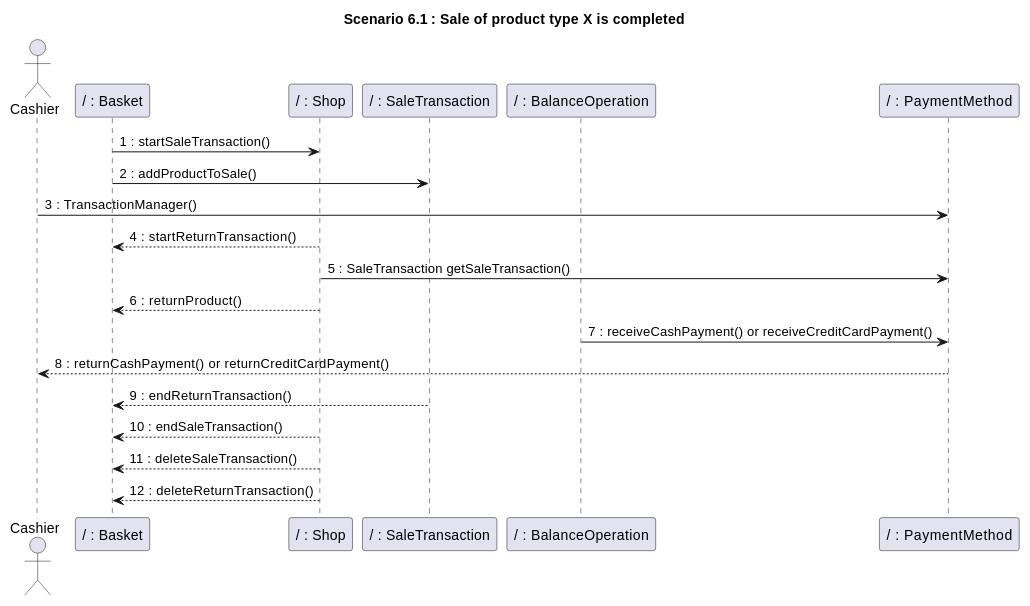
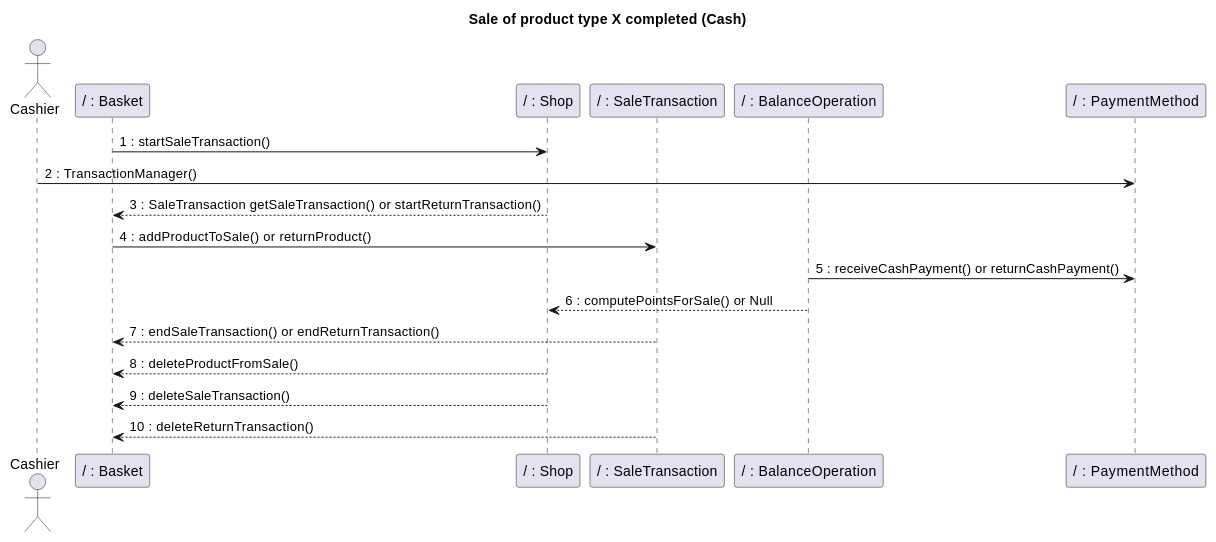
Before and after one commit to nicolabattaglino/ezshop: diagram 19 of 24 in Deliverables/DesignDocument.md, drawn with PlantUML. The commit also changed other lines of this file, not shown here.

Commit message:
Scenario 6

````diff
--- a/Deliverables/DesignDocument.md
+++ b/Deliverables/DesignDocument.md
@@ -825,31 +966,28 @@
 ```plantuml
 @startuml
 
 title
-**Scenario 6.1** : Sale of product type X is completed
+Sale of product type X completed (Cash)
 end title
 
 actor Cashier
 
 participant "/ : Basket" as Basket
 participant "/ : Shop" as Shop
 participant "/ : SaleTransaction" as SaleTransaction
 participant "/ : BalanceOperation" as BalanceOperation
 participant "/ : PaymentMethod" as PaymentMethod
 
 Basket -> Shop: 1 : startSaleTransaction()
-Basket ->  SaleTransaction: 2 : addProductToSale() 
-Cashier -> PaymentMethod: 3 : TransactionManager()
-Shop --> Basket: 4 : startReturnTransaction()
-Shop -> PaymentMethod : 5 : SaleTransaction getSaleTransaction()
-Shop --> Basket: 6 : returnProduct()
-
-BalanceOperation -> PaymentMethod : 7 : receiveCashPayment() or receiveCreditCardPayment()
-PaymentMethod --> Cashier: 8 : returnCashPayment() or returnCreditCardPayment()
-SaleTransaction --> Basket: 9 : endReturnTransaction()
-Shop --> Basket : 10 : endSaleTransaction()
-Shop --> Basket : 11 : deleteSaleTransaction()
-Shop --> Basket : 12 : deleteReturnTransaction()
+Cashier -> PaymentMethod: 2 : TransactionManager()
+Shop --> Basket: 3 : SaleTransaction getSaleTransaction() or startReturnTransaction()
+Basket ->  SaleTransaction: 4 : addProductToSale() or returnProduct()
+BalanceOperation -> PaymentMethod : 5 : receiveCashPayment() or returnCashPayment()
+BalanceOperation --> Shop: 6 : computePointsForSale() or Null
+SaleTransaction --> Basket: 7 : endSaleTransaction() or endReturnTransaction()
+Shop --> Basket : 8 : deleteProductFromSale()
+Shop --> Basket : 9 : deleteSaleTransaction()
+SaleTransaction --> Basket : 10 : deleteReturnTransaction() 
 
 @enduml
 ```
````
